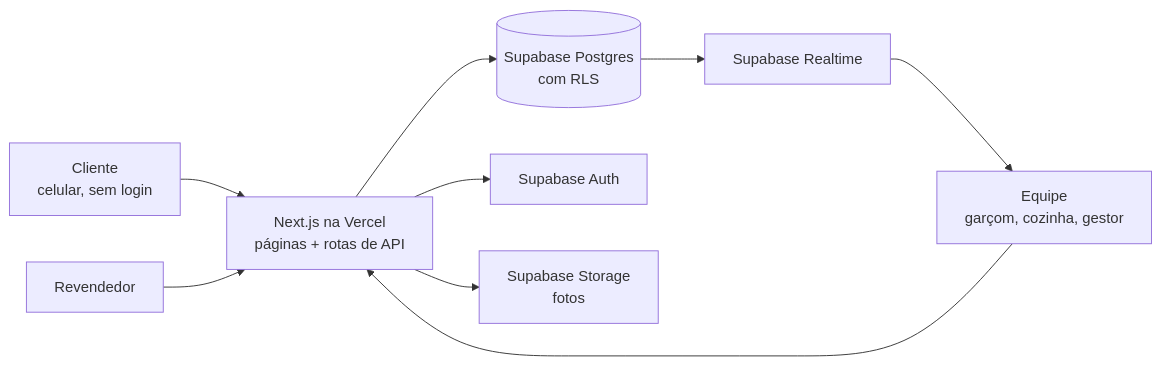
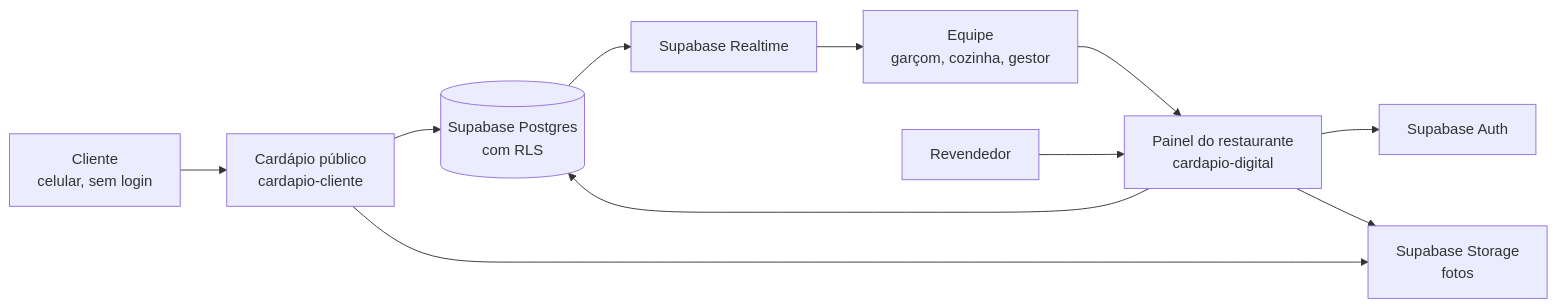
The second of 2 diagrams in docs/spec.md (kaythejoker/CardapioDigital), drawn with Mermaid before and after one commit. The commit also changed other lines of this file and 70 other files, not shown here.

````diff
--- a/docs/spec.md
+++ b/docs/spec.md
@@ -177,11 +179,14 @@
 ```mermaid
 flowchart LR
-    A[Cliente<br/>celular, sem login] --> N[Next.js na Vercel<br/>páginas + rotas de API]
+    A[Cliente<br/>celular, sem login] --> C[Cardápio público<br/>cardapio-cliente]
+    C --> DB
+    C --> ST
+    N[Painel do restaurante<br/>cardapio-digital]
     B[Equipe<br/>garçom, cozinha, gestor] --> N
     R[Revendedor] --> N
     N --> DB[(Supabase Postgres<br/>com RLS)]
     N --> AU[Supabase Auth]
     N --> ST[Supabase Storage<br/>fotos]
     DB --> RT[Supabase Realtime]
     RT --> B
 ```
````
